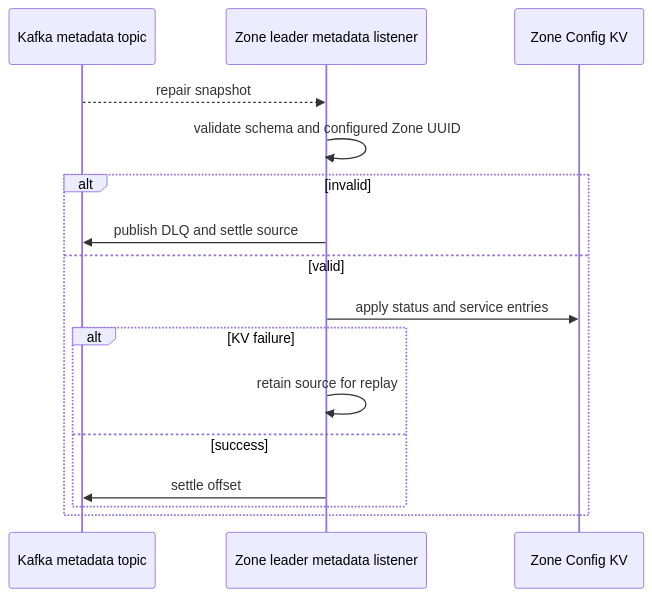
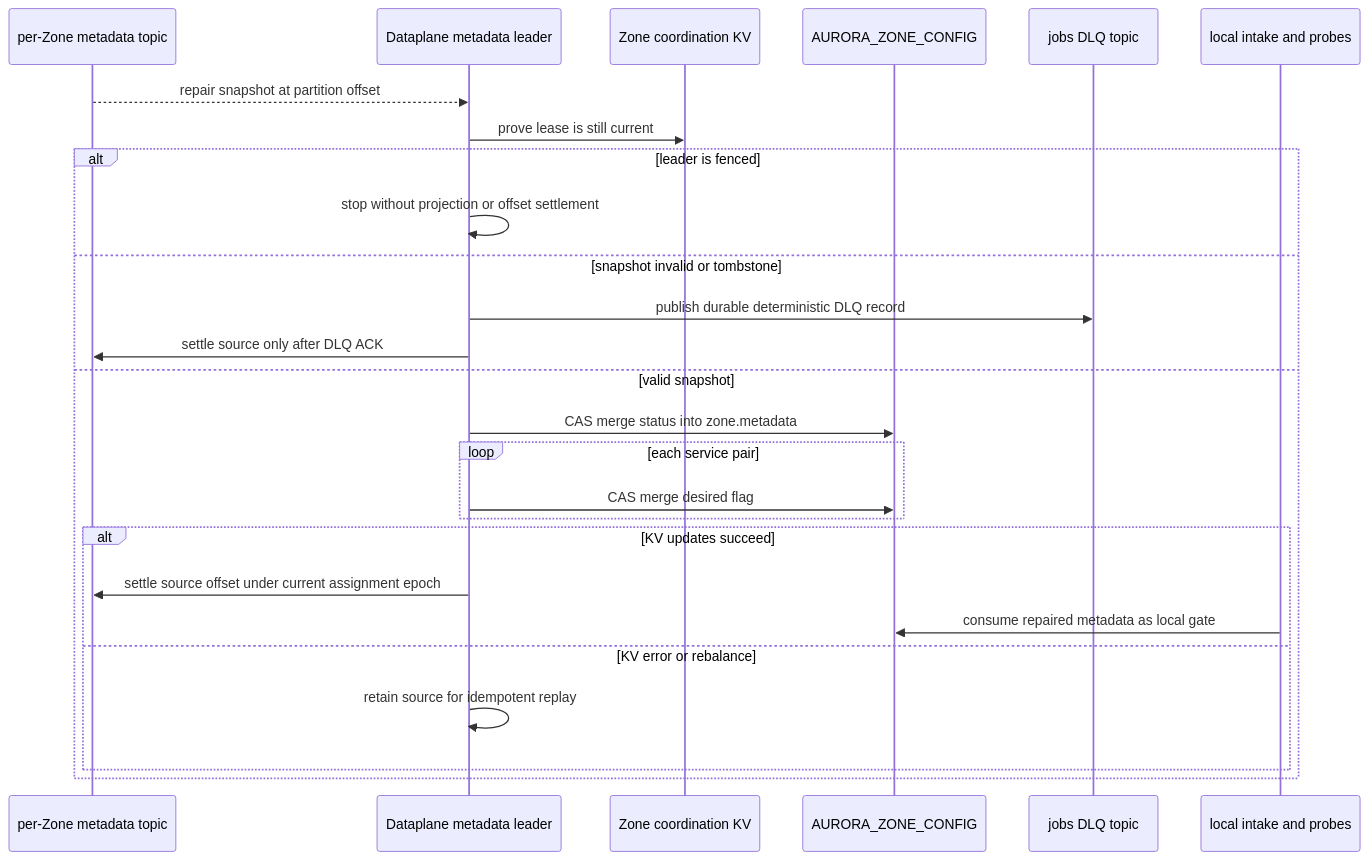
Before and after one commit to phucle996/aurora: the third of 3 diagrams in god_view/zone_runtime/zone_metadata_repair_god_view_workflow.md, drawn with Mermaid. The commit also changed other lines of this file and 68 other files, not shown here.

Commit message:
refactor zone storage transfer and update architecture docs

````diff
--- a/god_view/zone_runtime/zone_metadata_repair_god_view_workflow.md
+++ b/god_view/zone_runtime/zone_metadata_repair_god_view_workflow.md
@@ -80,18 +173,29 @@
 ```mermaid
 sequenceDiagram
-    participant KM as Kafka metadata topic
-    participant L as Zone leader metadata listener
-    participant KV as Zone Config KV
-    KM-->>L: repair snapshot
-    L->>L: validate schema and configured Zone UUID
-    alt invalid
-        L->>KM: publish DLQ and settle source
-    else valid
-        L->>KV: apply status and service entries
-        alt KV failure
-            L->>L: retain source for replay
-        else success
-            L->>KM: settle offset
+    participant KM as per-Zone metadata topic
+    participant DL as Dataplane metadata leader
+    participant CKV as Zone coordination KV
+    participant KV as AURORA_ZONE_CONFIG
+    participant KD as jobs DLQ topic
+    participant IN as local intake and probes
+
+    KM-->>DL: repair snapshot at partition offset
+    DL->>CKV: prove lease is still current
+    alt leader is fenced
+        DL->>DL: stop without projection or offset settlement
+    else snapshot invalid or tombstone
+        DL->>KD: publish durable deterministic DLQ record
+        DL->>KM: settle source only after DLQ ACK
+    else valid snapshot
+        DL->>KV: CAS merge status into zone.metadata
+        loop each service pair
+            DL->>KV: CAS merge desired flag
+        end
+        alt KV updates succeed
+            DL->>KM: settle source offset under current assignment epoch
+            IN->>KV: consume repaired metadata as local gate
+        else KV error or rebalance
+            DL->>DL: retain source for idempotent replay
         end
     end
 ```
````
